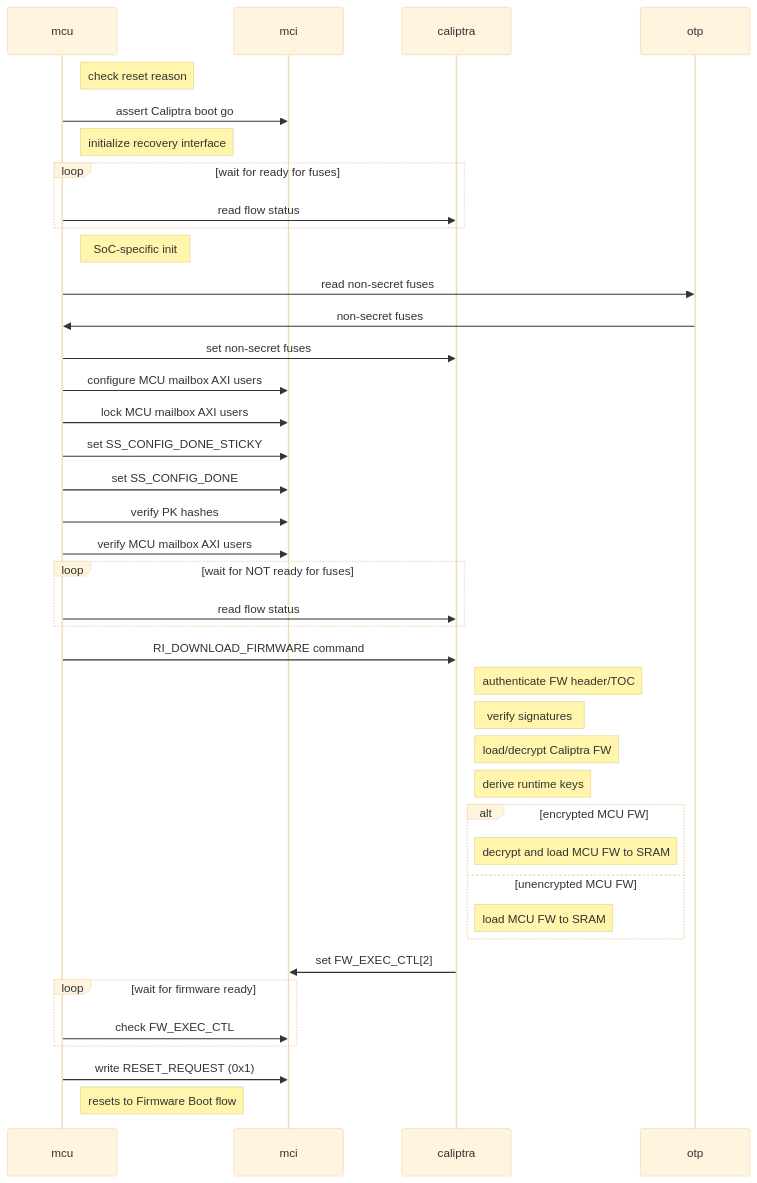
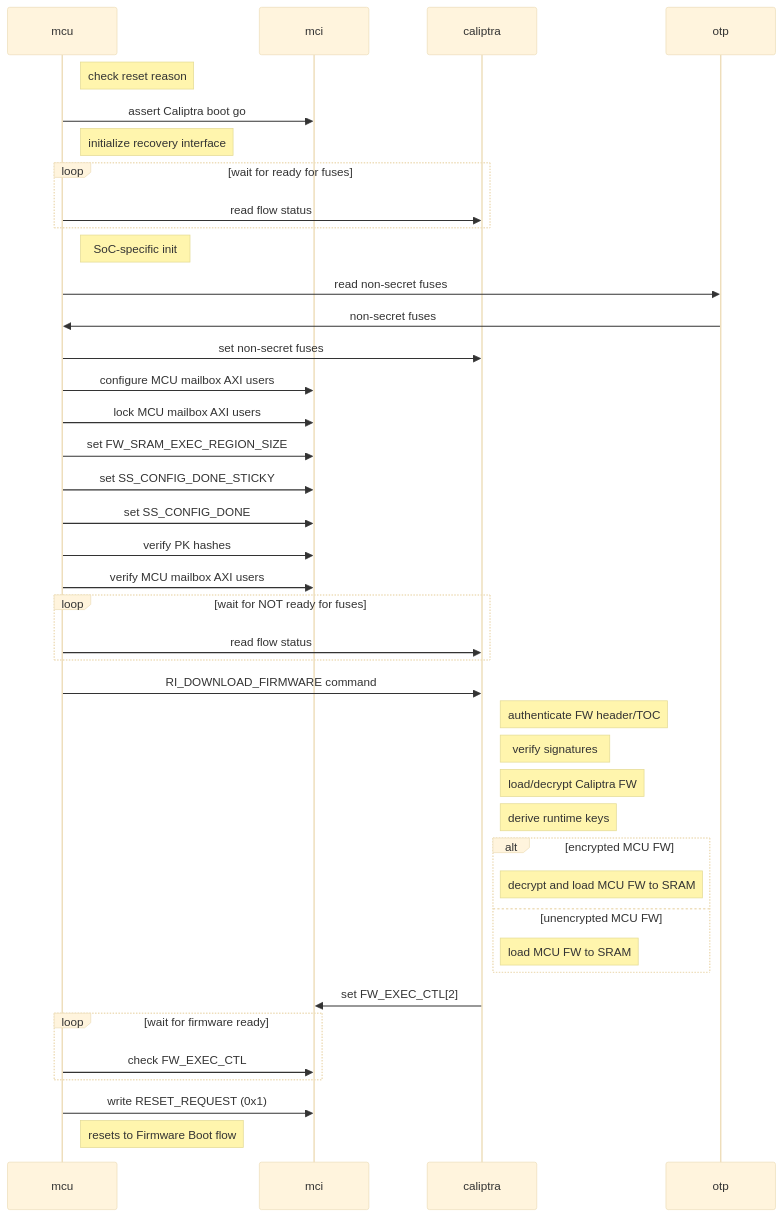
Before and after one commit to chipsalliance/caliptra-mcu-sw: the first of 4 diagrams in docs/src/rom.md, drawn with Mermaid (base theme). The commit also changed other lines of this file and 4 other files, not shown here.

First line of the commit message:
[rom] set FW protected region boundary (#1261)

````diff
--- a/docs/src/rom.md
+++ b/docs/src/rom.md
@@ -75,38 +76,39 @@
 ```mermaid
 sequenceDiagram
     note right of mcu: check reset reason
     mcu->>mci: assert Caliptra boot go
     note right of mcu: initialize recovery interface
     loop wait for ready for fuses
     mcu->>caliptra: read flow status
     end
     note right of mcu: SoC-specific init
     mcu->>otp: read non-secret fuses
     otp->>mcu: non-secret fuses
     mcu->>caliptra: set non-secret fuses
     mcu->>mci: configure MCU mailbox AXI users
     mcu->>mci: lock MCU mailbox AXI users
+    mcu->>mci: set FW_SRAM_EXEC_REGION_SIZE
     mcu->>mci: set SS_CONFIG_DONE_STICKY
     mcu->>mci: set SS_CONFIG_DONE
     mcu->>mci: verify PK hashes
     mcu->>mci: verify MCU mailbox AXI users
     loop wait for NOT ready for fuses
     mcu->>caliptra: read flow status
     end
     mcu->>caliptra: RI_DOWNLOAD_FIRMWARE command
     note right of caliptra: authenticate FW header/TOC
     note right of caliptra: verify signatures
     note right of caliptra: load/decrypt Caliptra FW
     note right of caliptra: derive runtime keys
     alt encrypted MCU FW
         note right of caliptra: decrypt and load MCU FW to SRAM
     else unencrypted MCU FW
         note right of caliptra: load MCU FW to SRAM
     end
     caliptra->>mci: set FW_EXEC_CTL[2]
     loop wait for firmware ready
     mcu->>mci: check FW_EXEC_CTL
     end
     mcu->>mci: write RESET_REQUEST (0x1)
     note right of mcu: resets to Firmware Boot flow
 ```
````
